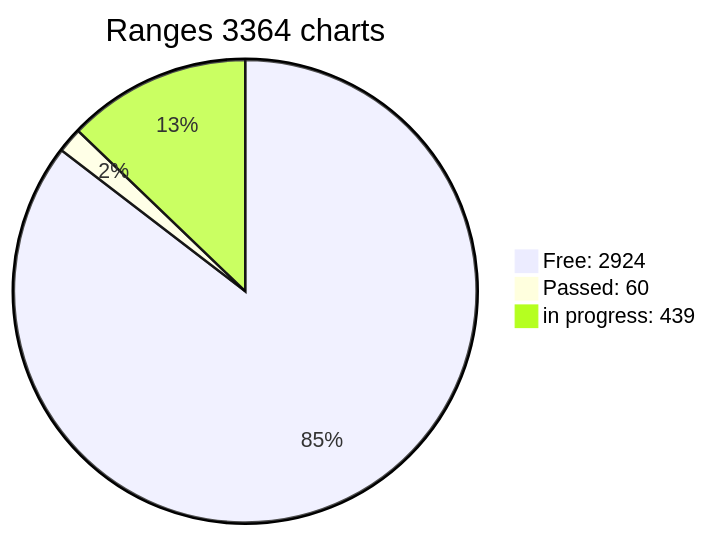
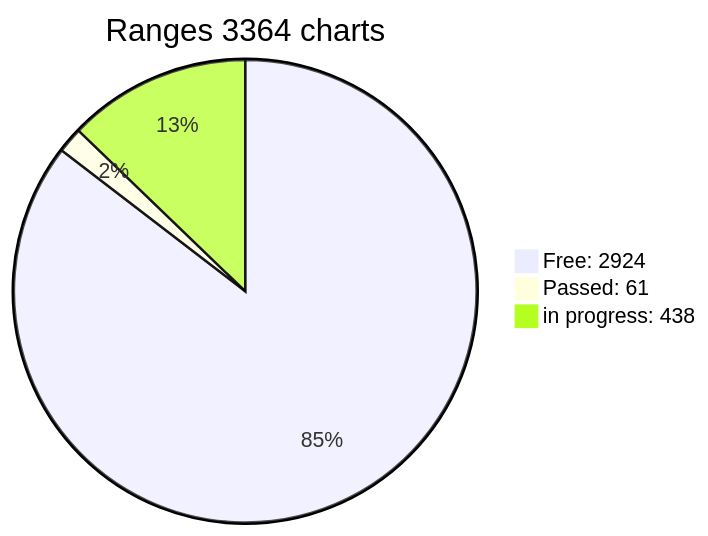
The diagram in x64/Release/table.md (jonlloner/wif500), drawn with Mermaid before and after one commit. The commit also changed other lines of this file, not shown here.

````diff
--- a/x64/Release/table.md
+++ b/x64/Release/table.md
@@ -3,6 +3,6 @@
 ```mermaid
 pie title Ranges 3364 charts
 "Free: 2924" : 2924
-"Passed: 60" : 60
-"in progress: 439" : 439
+"Passed: 61" : 61
+"in progress: 438" : 438
 ```  
````
